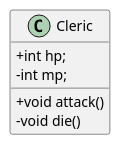
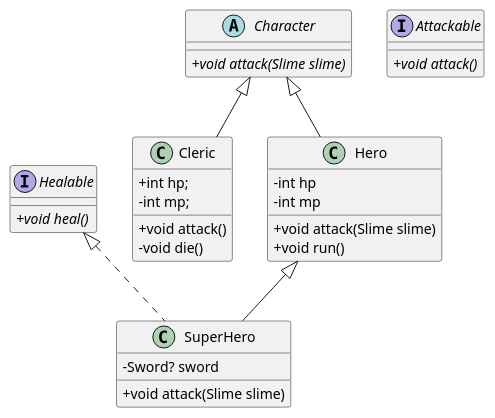
The diagram in lib/game.puml (SurvivalCodingCampus/sesac7_dart_study), drawn with PlantUML before and after one commit. The commit also changed 18 other files, not shown here.

```diff
--- a/lib/game.puml
+++ b/lib/game.puml
@@ -1,12 +1,36 @@
 @startuml
 skinparam classAttributeIconSize 0
 
-class Cleric {
+interface Healable {
+    {abstract} + void heal()
+}
+
+interface Attackable {
+    {abstract} + void attack()
+}
+
+class Cleric extends Character {
     + int hp;
     - int mp;
 
     + void attack()
     - void die()
 }
 
+abstract class Character {
+    {abstract} + void attack(Slime slime)
+}
+
+class Hero extends Character {
+    - int hp
+    - int mp
+    + void attack(Slime slime)
+    + void run()
+}
+
+class SuperHero extends Hero implements Healable {
+    - Sword? sword
+    + void attack(Slime slime)
+}
+
 @enduml
```
